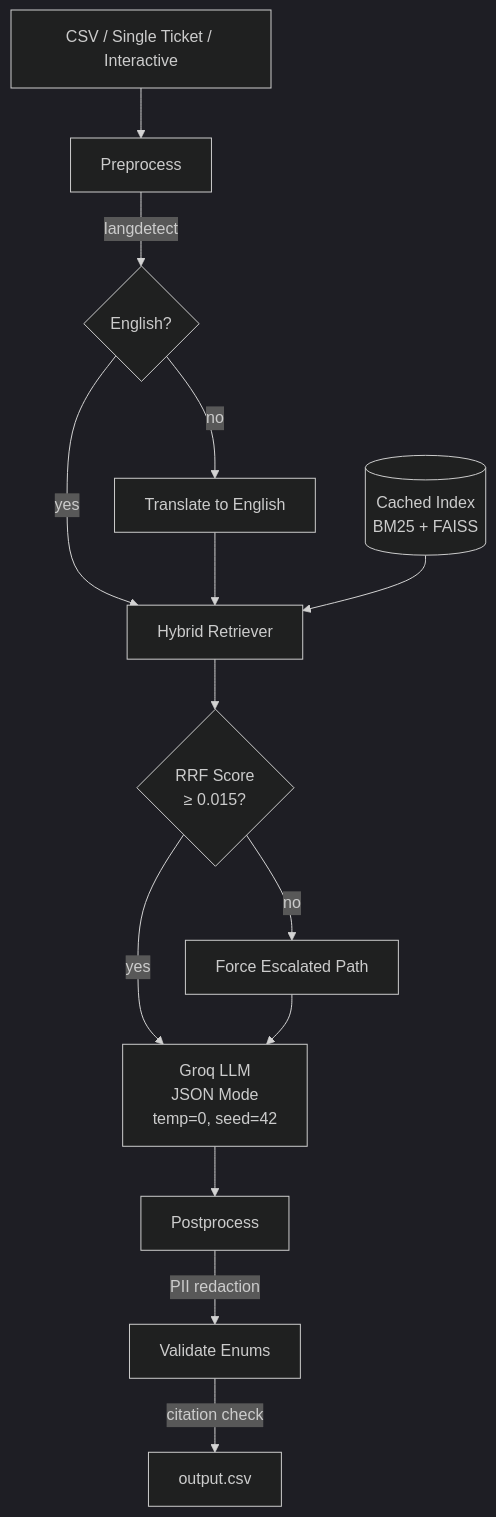
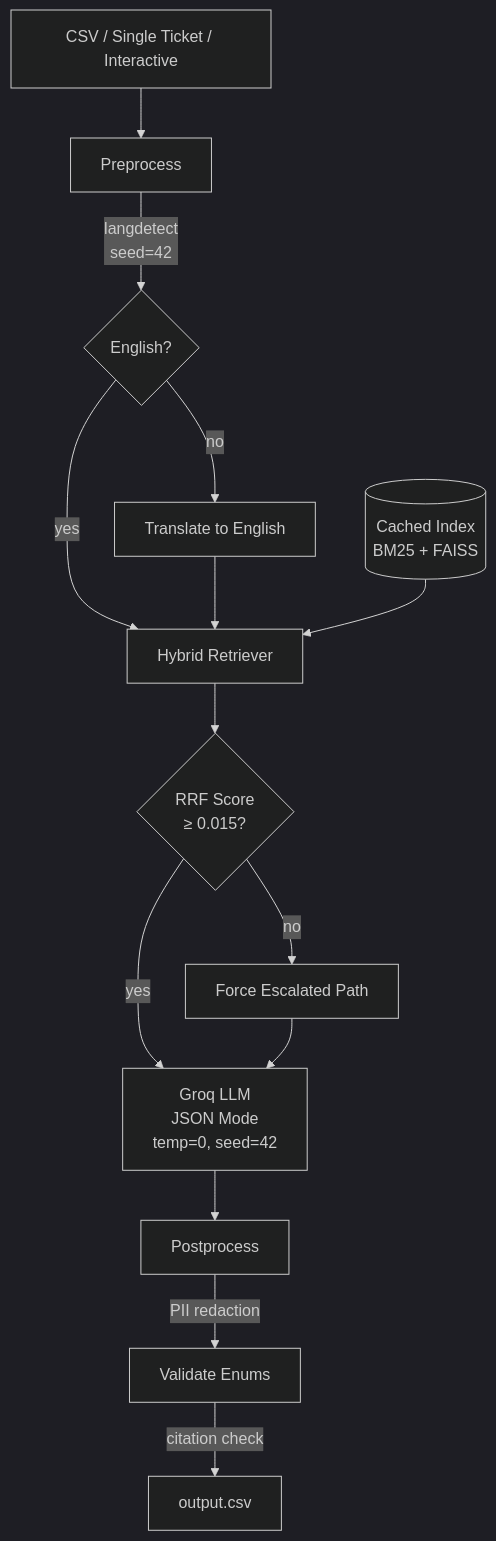
The first of 3 diagrams in code/DESIGN.md (Abhijithreddydasari/triageforge), drawn with Mermaid (dark theme) before and after one commit. The commit also changed other lines of this file and 4 other files, not shown here.

````diff
--- a/code/DESIGN.md
+++ b/code/DESIGN.md
@@ -9,18 +9,18 @@
 ```mermaid
 flowchart TD
     Input[CSV / Single Ticket / Interactive] --> Pre[Preprocess]
-    Pre --> |langdetect| LangCheck{English?}
+    Pre --> |langdetect<br/>seed=42| LangCheck{English?}
     LangCheck --> |yes| Ret[Hybrid Retriever]
     LangCheck --> |no| Trans[Translate to English] --> Ret
     
     Index[(Cached Index<br/>BM25 + FAISS)] --> Ret
     
     Ret --> Gate{RRF Score<br/>≥ 0.015?}
     Gate --> |no| ForcedEsc[Force Escalated Path]
     Gate --> |yes| LLM[Groq LLM<br/>JSON Mode<br/>temp=0, seed=42]
     ForcedEsc --> LLM
     
     LLM --> Post[Postprocess]
     Post --> |PII redaction| Post2[Validate Enums]
     Post2 --> |citation check| Out[output.csv]
 ```
````
